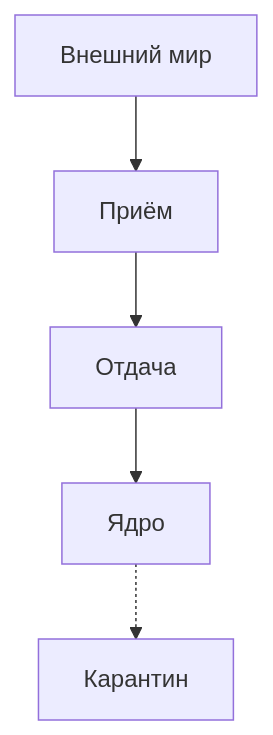
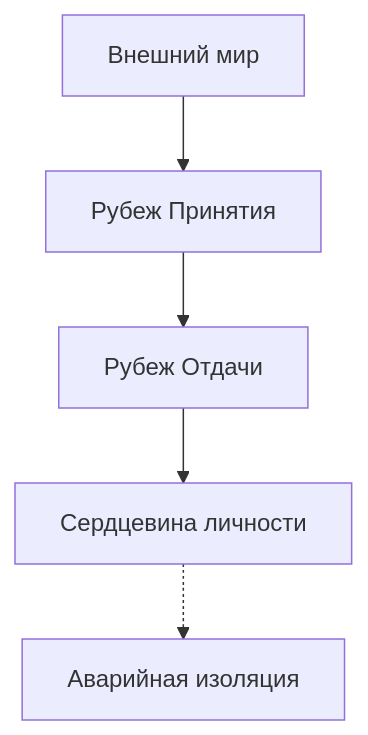
The diagram in root/16-boundaries-safekeeping-defense-isolation/ru.mdx (GTFB/threebooks), drawn with Mermaid before and after one commit. The commit also changed other lines of this file and 40 other files, not shown here.

````diff
--- a/root/16-boundaries-safekeeping-defense-isolation/ru.mdx
+++ b/root/16-boundaries-safekeeping-defense-isolation/ru.mdx
@@ -25,7 +29,7 @@
 ```mermaid
 flowchart TB
-  A["Внешний мир"] --> B["Приём"]
-  B --> C["Отдача"]
-  C --> D["Ядро"]
-  D -.-> E["Карантин"]
+  A["Внешний мир"] --> B["Рубеж Принятия"]
+  B --> C["Рубеж Отдачи"]
+  C --> D["Сердцевина личности"]
+  D -.-> E["Аварийная изоляция"]
 ```
````
